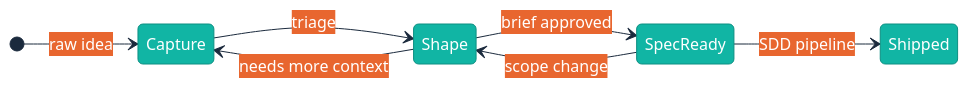
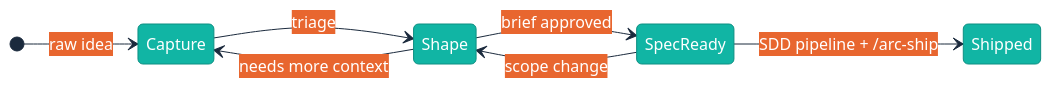
One commit to ronjanusz-liatrio/arc changed the diagram in references/idea-lifecycle.md. Above: the diagram before and after it, drawn with Mermaid. The commit also changed other lines of this file and 6 other files, not shown here.

````diff
--- a/references/idea-lifecycle.md
+++ b/references/idea-lifecycle.md
@@ -7,18 +7,18 @@
 ```mermaid
 %%{init: {'theme': 'base', 'themeVariables': {'primaryColor': '#11B5A4', 'primaryTextColor': '#FFFFFF', 'primaryBorderColor': '#0D8F82', 'secondaryColor': '#E8662F', 'secondaryTextColor': '#FFFFFF', 'secondaryBorderColor': '#C7502A', 'tertiaryColor': '#1B2A3D', 'tertiaryTextColor': '#FFFFFF', 'lineColor': '#1B2A3D', 'fontFamily': 'Inter, sans-serif'}}}%%
 stateDiagram-v2
     direction LR
 
     [*] --> Capture : raw idea
     Capture --> Shape : triage
     Shape --> SpecReady : brief approved
-    SpecReady --> Shipped : SDD pipeline
+    SpecReady --> Shipped : SDD pipeline + /arc-ship
 
     Shape --> Capture : needs more context
     SpecReady --> Shape : scope change
 
     classDef capture fill:#1B2A3D,stroke:#0F1D2B,color:#FFFFFF
     classDef shape fill:#E8662F,stroke:#C7502A,color:#FFFFFF
     classDef ready fill:#11B5A4,stroke:#0D8F82,color:#FFFFFF
     classDef shipped fill:#0D8F82,stroke:#0A6B63,color:#FFFFFF
 ```
````
